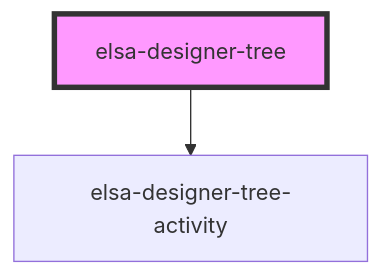
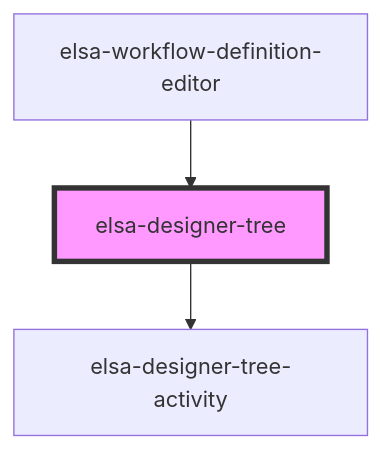
One commit to elsa-workflows/elsa-core changed the diagram in src/designer/elsa-workflows-studio/src/components/designers/tree/elsa-designer-tree/readme.md. Above: the diagram before and after it, drawn with Mermaid. The commit also changed other lines of this file and 19 other files, not shown here.

Commit message:
Stash Blazor bindings for Elsa designer

````diff
--- a/src/designer/elsa-workflows-studio/src/components/designers/tree/elsa-designer-tree/readme.md
+++ b/src/designer/elsa-workflows-studio/src/components/designers/tree/elsa-designer-tree/readme.md
@@ -22,5 +33,6 @@
 ```mermaid
 graph TD;
   elsa-designer-tree --> elsa-designer-tree-activity
+  elsa-workflow-definition-editor --> elsa-designer-tree
   style elsa-designer-tree fill:#f9f,stroke:#333,stroke-width:4px
 ```
````
